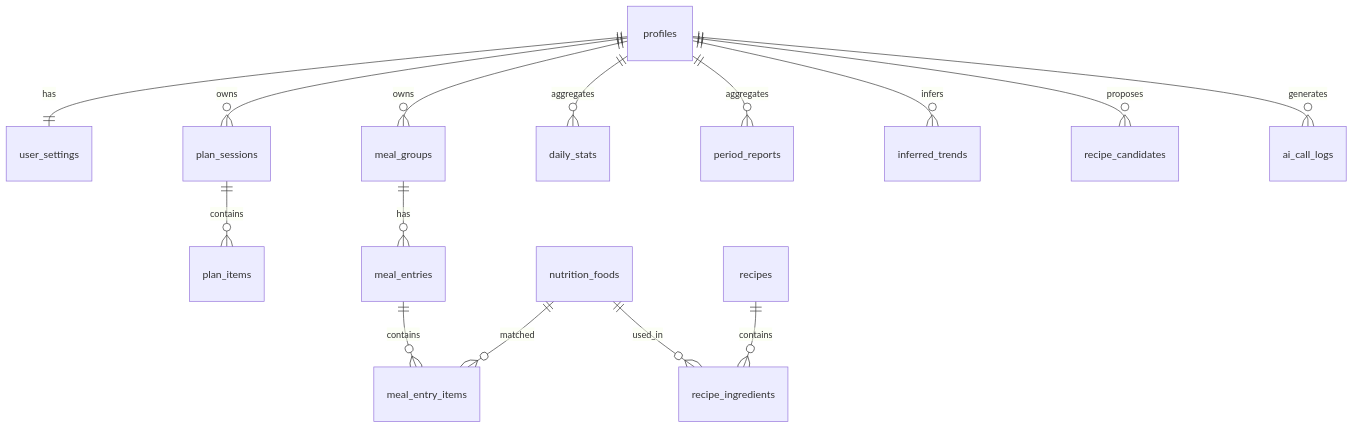
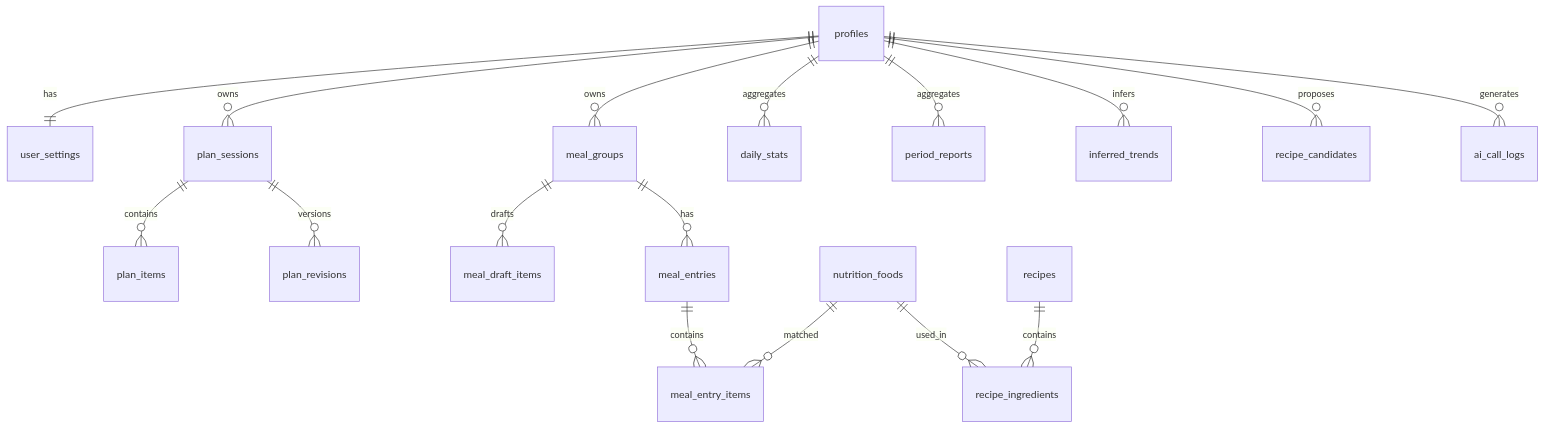
One commit to hssjxjxsns/diet-guidelines changed the second of 5 diagrams in docs/膳食指南App技术架构文档.md. Above: the diagram before and after it, drawn with Mermaid. The commit also changed other lines of this file and 44 other files, not shown here.

````diff
--- a/docs/膳食指南App技术架构文档.md
+++ b/docs/膳食指南App技术架构文档.md
@@ -482,17 +475,19 @@
 ```mermaid
 erDiagram
   profiles ||--|| user_settings : has
   profiles ||--o{ plan_sessions : owns
   plan_sessions ||--o{ plan_items : contains
+  plan_sessions ||--o{ plan_revisions : versions
   profiles ||--o{ meal_groups : owns
+  meal_groups ||--o{ meal_draft_items : drafts
   meal_groups ||--o{ meal_entries : has
   meal_entries ||--o{ meal_entry_items : contains
   profiles ||--o{ daily_stats : aggregates
   profiles ||--o{ period_reports : aggregates
   profiles ||--o{ inferred_trends : infers
   nutrition_foods ||--o{ recipe_ingredients : used_in
   recipes ||--o{ recipe_ingredients : contains
   nutrition_foods ||--o{ meal_entry_items : matched
   profiles ||--o{ recipe_candidates : proposes
   profiles ||--o{ ai_call_logs : generates
 ```
````
